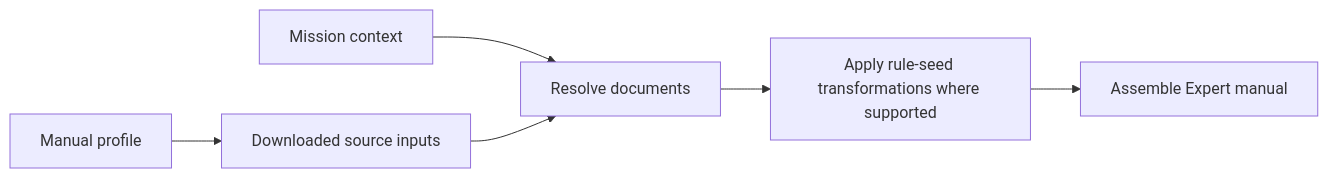
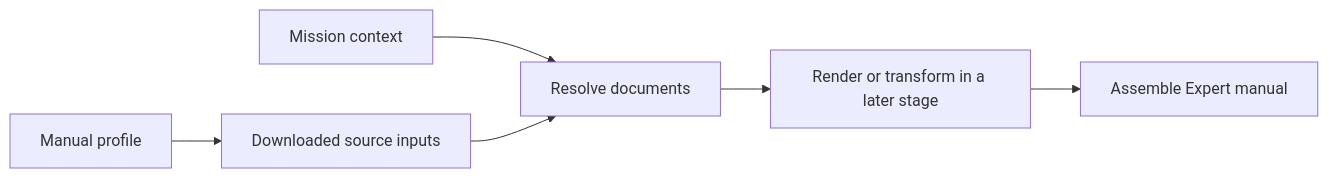
The second of 2 diagrams in docs/manuals.md (GPTNT/gptnt), drawn with Mermaid before and after one commit. The commit also changed other lines of this file and 11 other files, not shown here.

````diff
--- a/docs/manuals.md
+++ b/docs/manuals.md
@@ -209,8 +226,8 @@
 ```mermaid
 graph LR
   P[Manual profile] --> D[Downloaded source inputs]
   M[Mission context] --> R[Resolve documents]
   D --> R
-  R --> S[Apply rule-seed transformations where supported]
+  R --> S[Render or transform in a later stage]
   S --> A[Assemble Expert manual]
 ```
````
